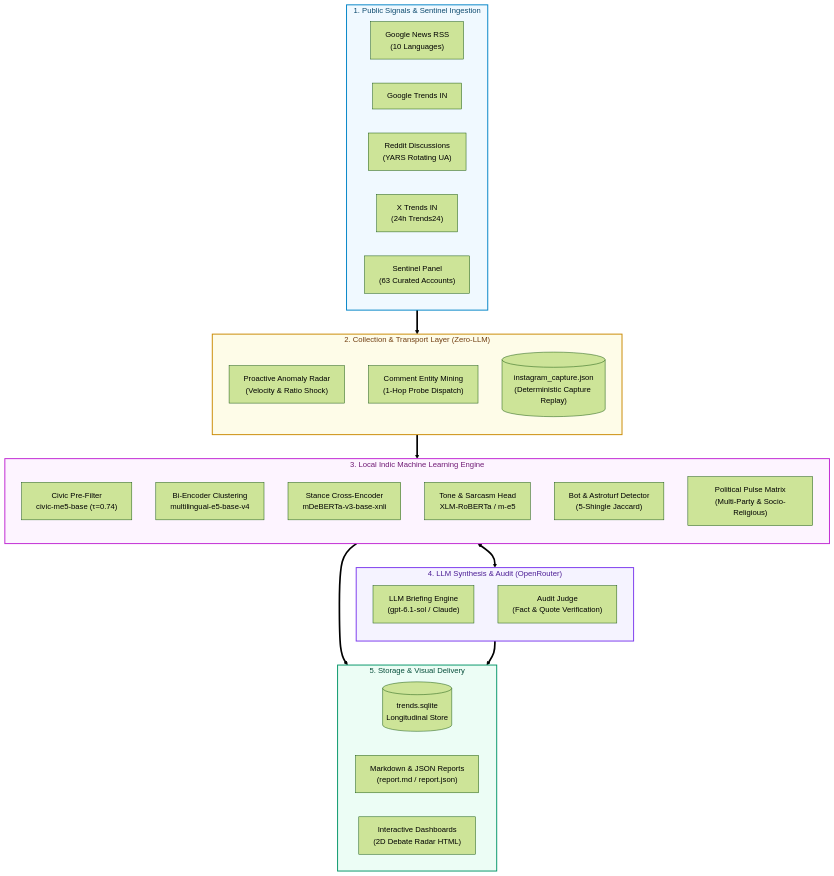
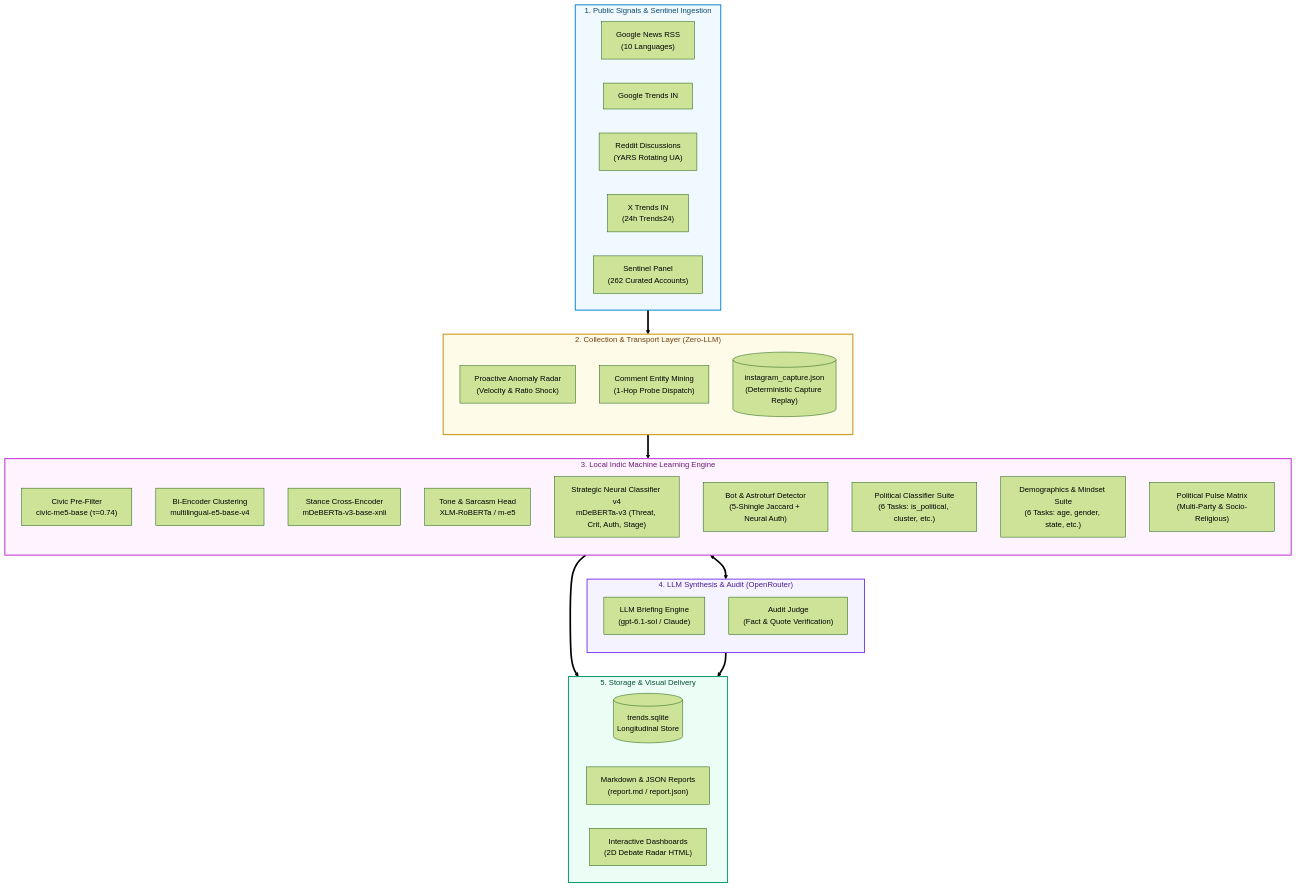
One commit to shankha06/identify-what-matters changed the second of 20 diagrams in docs/ARCHITECTURE.md. Above: the diagram before and after it, drawn with Mermaid (forest theme). The commit also changed other lines of this file and 72 other files, not shown here.

````diff
--- a/docs/ARCHITECTURE.md
+++ b/docs/ARCHITECTURE.md
@@ -120,65 +124,68 @@
 ```mermaid
 flowchart TB
     %% Ingestion Layer
     subgraph INGEST["1. Public Signals & Sentinel Ingestion"]
         direction LR
         GNEWS["Google News RSS<br/>(10 Languages)"]
         GTRENDS["Google Trends IN"]
         REDDIT["Reddit Discussions<br/>(YARS Rotating UA)"]
         XTRENDS["X Trends IN<br/>(24h Trends24)"]
-        PANEL_ACCTS["Sentinel Panel<br/>(63 Curated Accounts)"]
+        PANEL_ACCTS["Sentinel Panel<br/>(262 Curated Accounts)"]
     end
 
     %% Transport Layer
     subgraph TRANSPORT["2. Collection & Transport Layer (Zero-LLM)"]
         direction TB
         RADAR["Proactive Anomaly Radar<br/>(Velocity & Ratio Shock)"]
         ENTITY_MINER["Comment Entity Mining<br/>(1-Hop Probe Dispatch)"]
         REPLAY_BOX[("instagram_capture.json<br/>(Deterministic Capture Replay)")]
     end
 
     %% Local ML Layer
     subgraph ML_STACK["3. Local Indic Machine Learning Engine"]
         direction TB
         CIVIC_PRE["Civic Pre-Filter<br/>civic-me5-base (&tau;=0.74)"]
         E5_CLUST["Bi-Encoder Clustering<br/>multilingual-e5-base-v4"]
         DEBERTA_STANCE["Stance Cross-Encoder<br/>mDeBERTa-v3-base-xnli"]
         TONE_SARCASM["Tone & Sarcasm Head<br/>XLM-RoBERTa / m-e5"]
-        BOT_ASTRO["Bot & Astroturf Detector<br/>(5-Shingle Jaccard)"]
+        STRATEGIC_V4["Strategic Neural Classifier v4<br/>mDeBERTa-v3 (Threat, Crit, Auth, Stage)"]
+        BOT_ASTRO["Bot & Astroturf Detector<br/>(5-Shingle Jaccard + Neural Auth)"]
+        POL_MODELS["Political Classifier Suite<br/>(6 Tasks: is_political, cluster, etc.)"]
+        DEMO_MODELS["Demographics & Mindset Suite<br/>(6 Tasks: age, gender, state, etc.)"]
         POL_PULSE["Political Pulse Matrix<br/>(Multi-Party & Socio-Religious)"]
     end
 
     %% Synthesis Layer
     subgraph SYNTHESIS["4. LLM Synthesis & Audit (OpenRouter)"]
         direction TB
         OR_LLM["LLM Briefing Engine<br/>(gpt-6.1-sol / Claude)"]
         OR_AUDIT["Audit Judge<br/>(Fact & Quote Verification)"]
     end
 
     %% Persistence Layer
     subgraph PERSIST["5. Storage & Visual Delivery"]
         direction LR
         SQLITE[("trends.sqlite<br/>Longitudinal Store")]
         REPORT_OUT["Markdown & JSON Reports<br/>(report.md / report.json)"]
         DASH_HTML["Interactive Dashboards<br/>(2D Debate Radar HTML)"]
     end
 
     %% Inter-layer connections
     INGEST ==> TRANSPORT
     TRANSPORT ==> ML_STACK
     ML_STACK <==> SYNTHESIS
     ML_STACK ==> PERSIST
     SYNTHESIS ==> PERSIST
 
     classDef ingStyle fill:#f0f9ff,stroke:#0284c7,stroke-width:2px,color:#0c4a6e;
     classDef transStyle fill:#fefce8,stroke:#ca8a04,stroke-width:2px,color:#713f12;
     classDef mlStyle fill:#fdf4ff,stroke:#c026d3,stroke-width:2px,color:#701a75;
     classDef synthStyle fill:#f5f3ff,stroke:#7c3aed,stroke-width:2px,color:#4c1d95;
     classDef persistStyle fill:#ecfdf5,stroke:#059669,stroke-width:2px,color:#064e3b;
 
     class INGEST ingStyle;
     class TRANSPORT transStyle;
     class ML_STACK mlStyle;
     class SYNTHESIS synthStyle;
     class PERSIST persistStyle;
 ```
````
